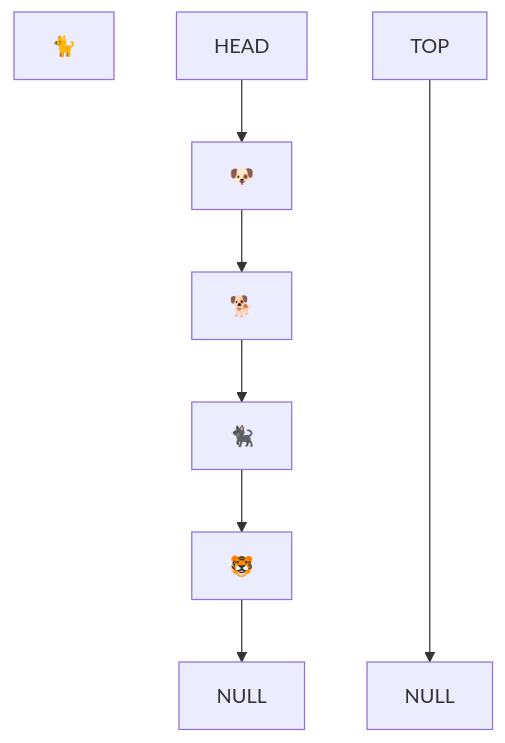
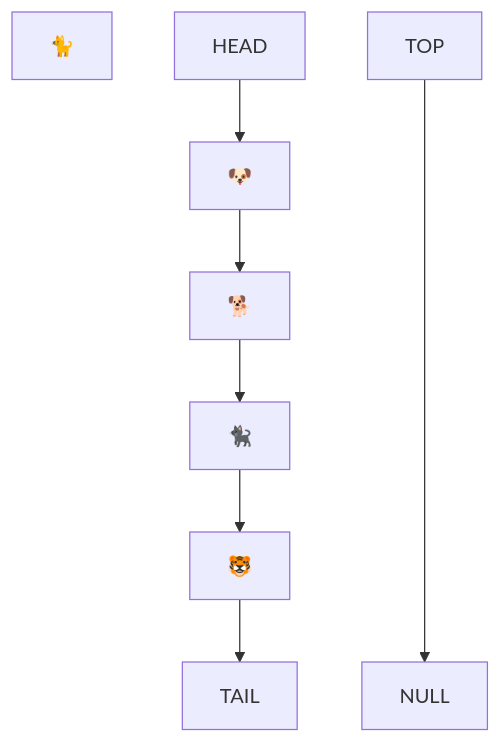
The fifth of 5 diagrams in javascript/code-challenges/stack-queue-animal-shelter/README.md (rmccrear/data-structures-and-algorithms), drawn with Mermaid before and after one commit. The commit also changed other lines of this file, not shown here.

First line of the commit message:
Fix some issues with the diagram in animal-shelter

````diff
--- a/javascript/code-challenges/stack-queue-animal-shelter/README.md
+++ b/javascript/code-challenges/stack-queue-animal-shelter/README.md
@@ -51,7 +51,7 @@
 ```mermaid
     graph
     C["🐈"]
-    HEAD[HEAD] -->A["🐶"]--> B["🐕"] --> D["🐈‍⬛"]-->E["🐯"] --> TAIL[NULL]
+    HEAD[HEAD] -->A["🐶"]--> B["🐕"] --> D["🐈‍⬛"]-->E["🐯"] --> TAIL
 
     HEAD2[TOP]------>TAIL2[NULL]
 ```
````
